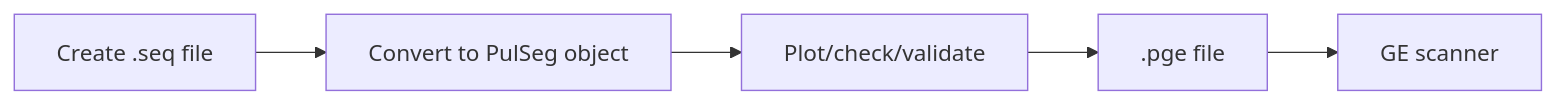
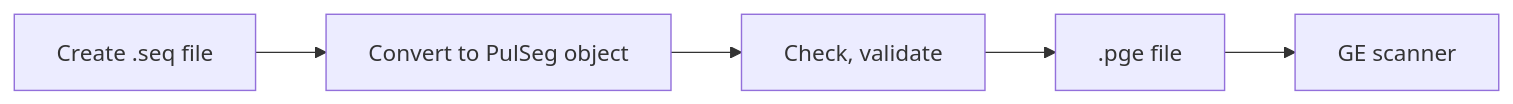
Before and after one commit to HarmonizedMRI/SequenceExamples-GE: the diagram in pge2/README.md, drawn with Mermaid.

Commit message:
On branch main 	modified:   README.md

````diff
--- a/pge2/README.md
+++ b/pge2/README.md
@@ -29,13 +29,13 @@
- ```mermaid
+```mermaid
 flowchart LR
 A[Create .seq file]
 B[Convert to PulSeg object]
-C[Plot/check/validate]
+C[Check, validate]
 D[.pge file]
 E[GE scanner]
 
 A --> B
 B --> C
 C --> D
 D --> E
 ```
````
